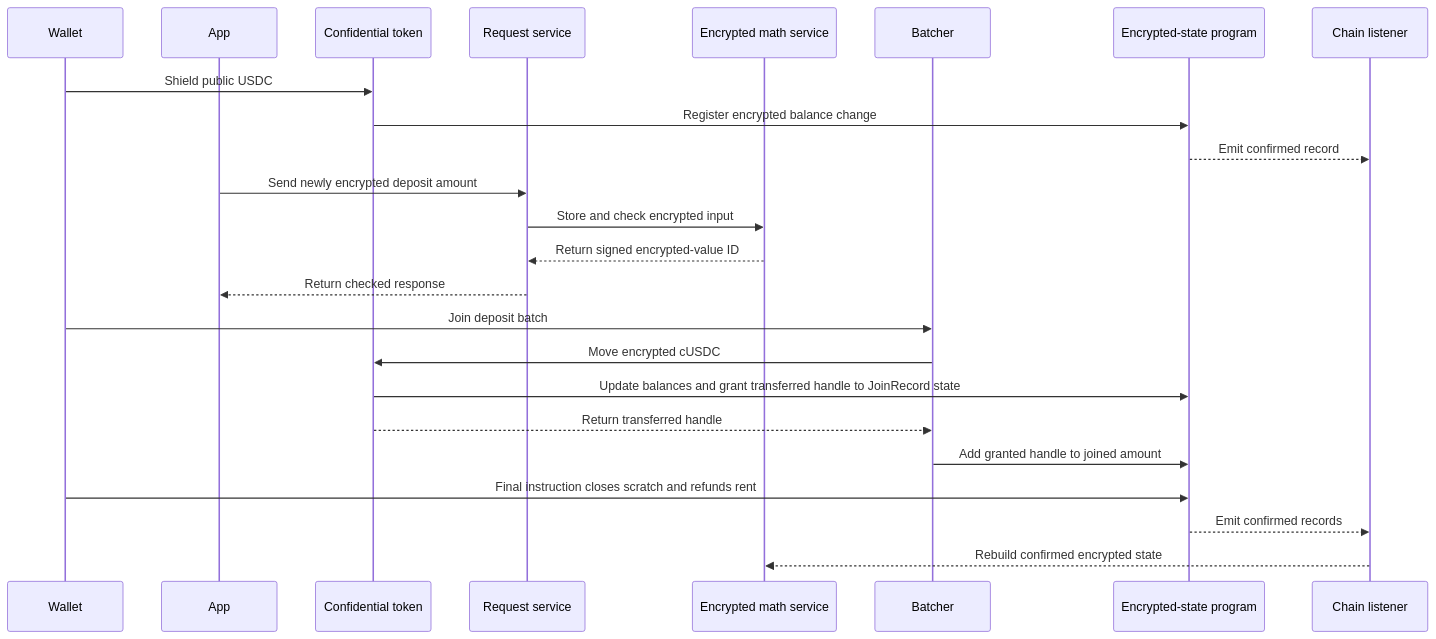
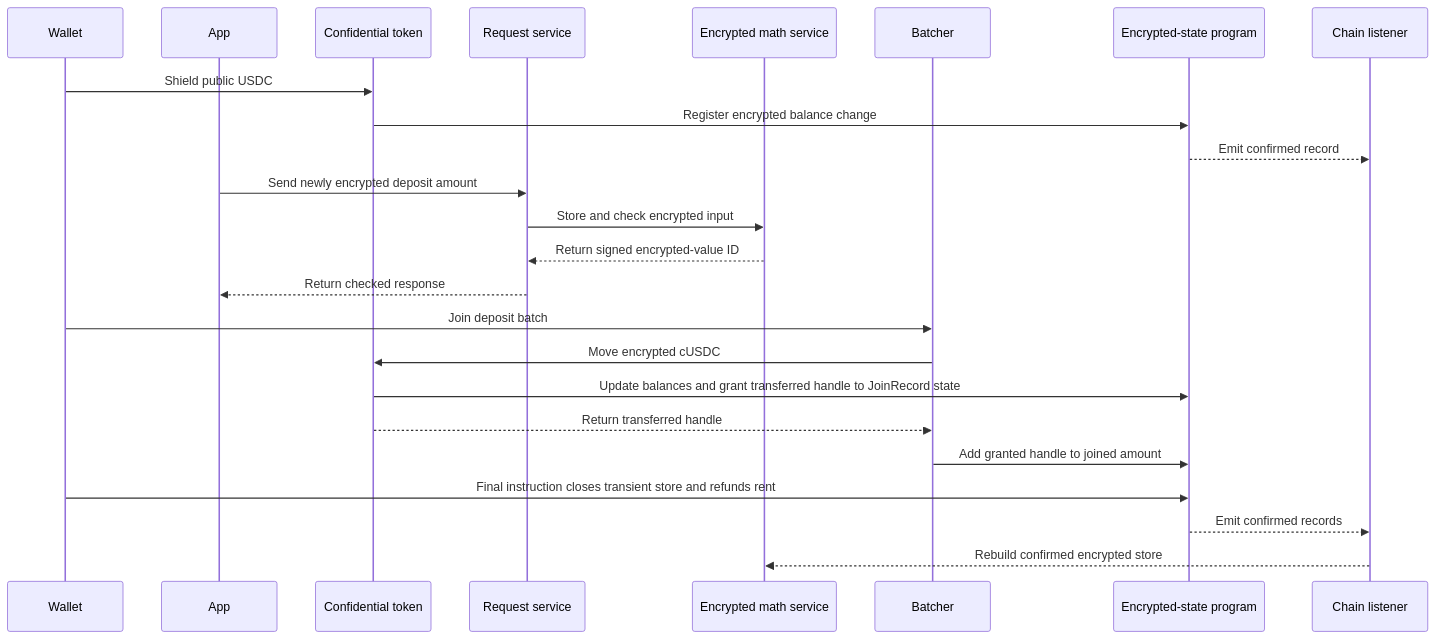
Before and after one commit to zama-ai/fhevm: the fourth of 5 diagrams in solana/demo-dapp/README.md, drawn with Mermaid. The commit also changed other lines of this file and 325 other files, not shown here.

````diff
--- a/solana/demo-dapp/README.md
+++ b/solana/demo-dapp/README.md
@@ -125,27 +125,27 @@
 ```mermaid
 sequenceDiagram
     participant Wallet
     participant App
     participant Token as Confidential token
     participant Relayer as Request service
     participant Compute as Encrypted math service
     participant Batch as Batcher
     participant Host as Encrypted-state program
     participant Listener as Chain listener
 
     Wallet->>Token: Shield public USDC
     Token->>Host: Register encrypted balance change
     Host-->>Listener: Emit confirmed record
     App->>Relayer: Send newly encrypted deposit amount
     Relayer->>Compute: Store and check encrypted input
     Compute-->>Relayer: Return signed encrypted-value ID
     Relayer-->>App: Return checked response
     Wallet->>Batch: Join deposit batch
     Batch->>Token: Move encrypted cUSDC
     Token->>Host: Update balances and grant transferred handle to JoinRecord state
     Token-->>Batch: Return transferred handle
     Batch->>Host: Add granted handle to joined amount
-    Wallet->>Host: Final instruction closes scratch and refunds rent
+    Wallet->>Host: Final instruction closes transient store and refunds rent
     Host-->>Listener: Emit confirmed records
-    Listener-->>Compute: Rebuild confirmed encrypted state
+    Listener-->>Compute: Rebuild confirmed encrypted store
 ```
````
